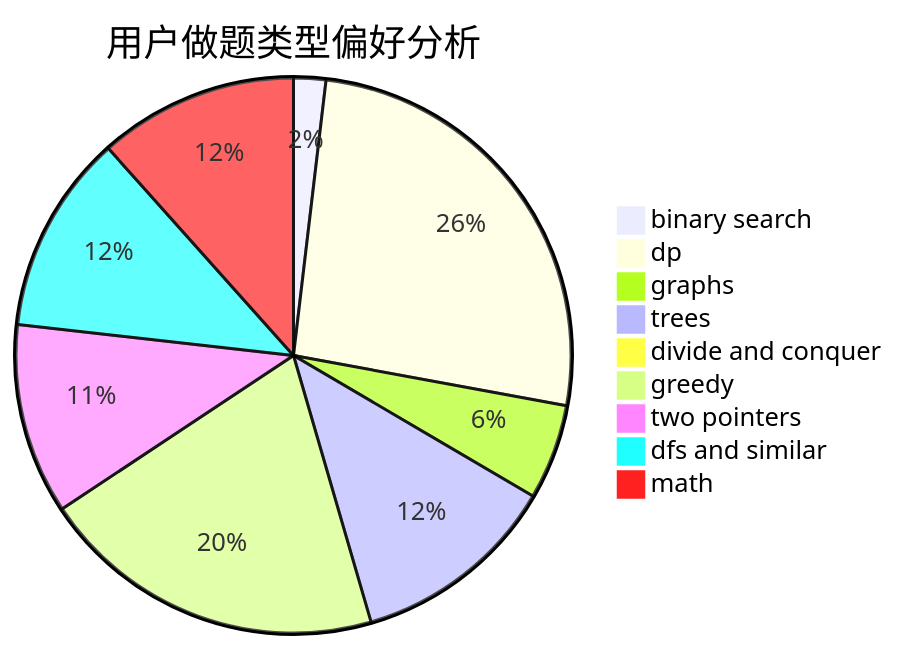
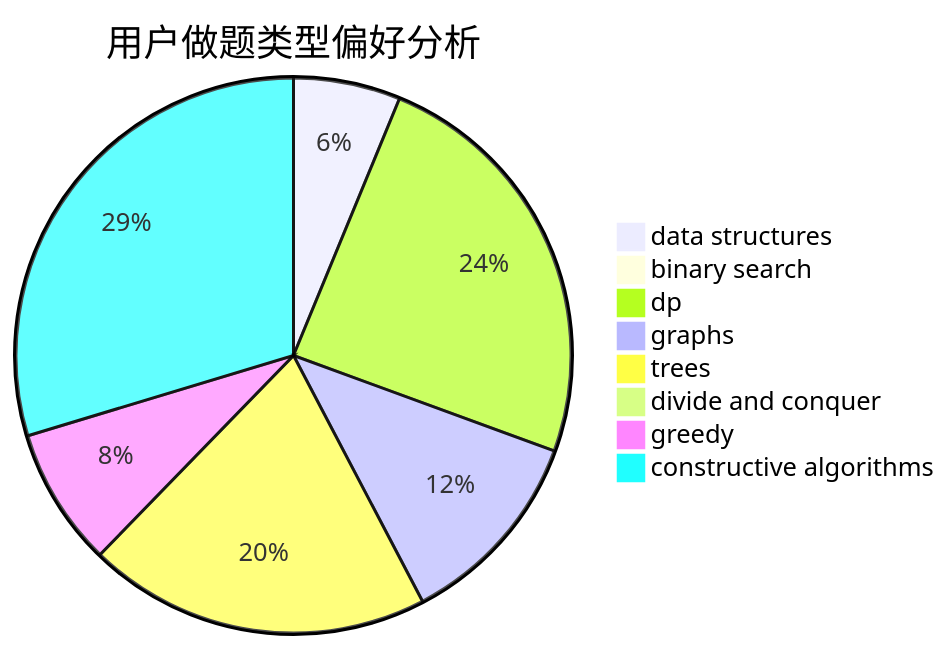
The second of 3 diagrams in docs/user/u1622.md (sherpahu/cfrs.github.io), drawn with Mermaid before and after one commit. The commit also changed other lines of this file and 2775 other files, not shown here.

````diff
--- a/docs/user/u1622.md
+++ b/docs/user/u1622.md
@@ -23,12 +23,11 @@
 ```mermaid
 pie title 用户做题类型偏好分析
-    "binary search" :  26
-    "dp" :  361
-    "graphs" :  77
-    "trees" :  167
+    "data structures" :  34
+    "binary search" :  5
+    "dp" :  133
+    "graphs" :  64
+    "trees" :  109
     "divide and conquer" :  0
-    "greedy" :  280
-    "two pointers" :  154
-    "dfs and similar" :  161
-    "math" :  161
+    "greedy" :  44
+    "constructive algorithms" :  162
 ```
````
